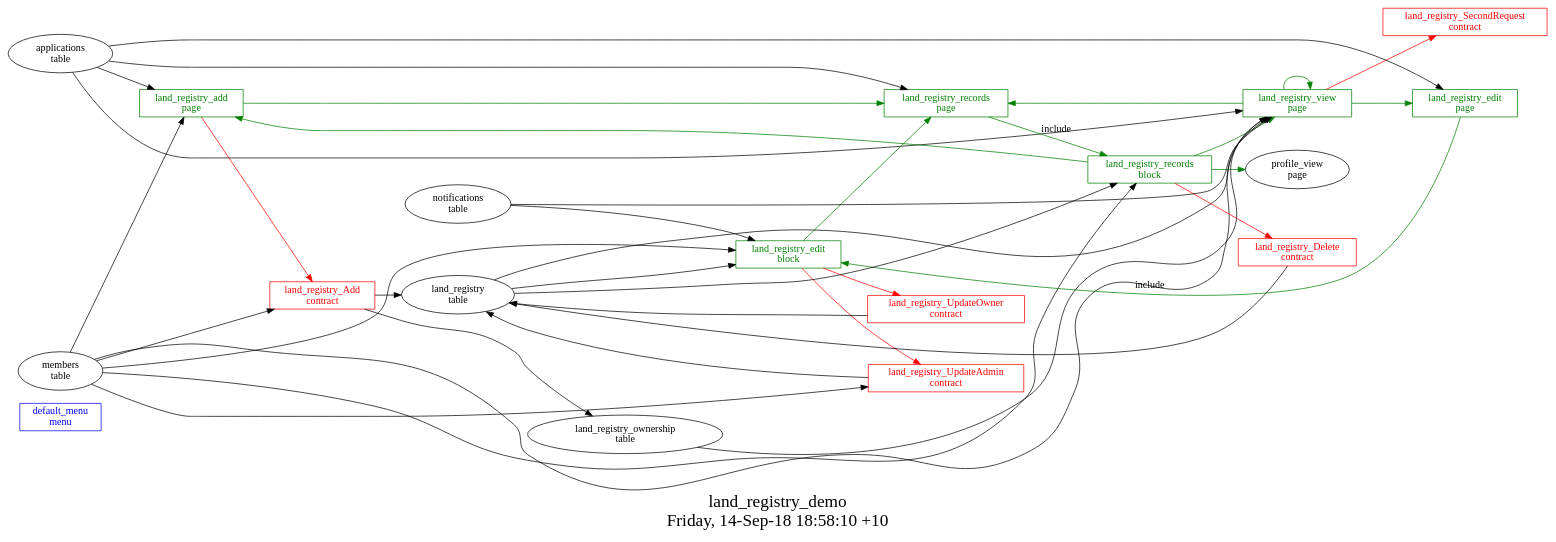
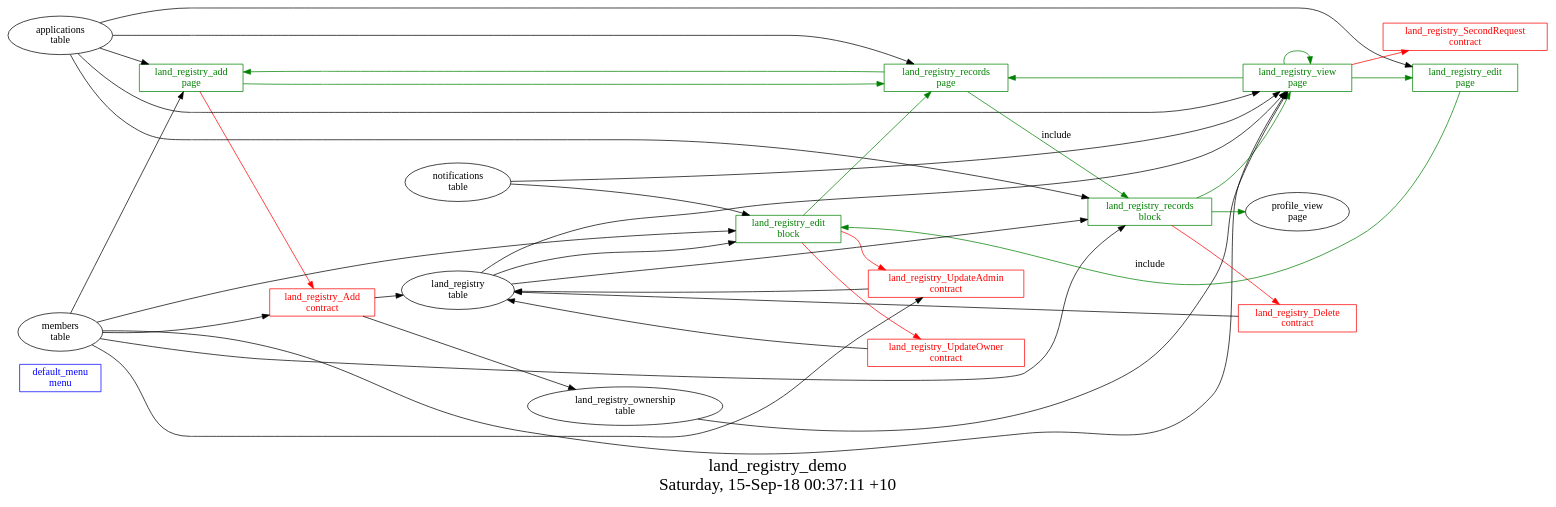
The diagram in quick-start-apps/land_registry_demo/struct.dot (AplaProject/apps), drawn with Graphviz before and after one commit. The commit also changed 25 other files, not shown here.

```diff
--- a/quick-start-apps/land_registry_demo/struct.dot
+++ b/quick-start-apps/land_registry_demo/struct.dot
@@ -1,58 +1,59 @@
 digraph G {
 fontsize="24";
-label="land_registry_demo\nFriday, 14-Sep-18 18:58:10 +10";
+label="land_registry_demo\nSaturday, 15-Sep-18 00:37:11 +10";
 nojustify=true;
 ordering=out;
 rankdir=LR;
 size="30";
 "default_menu\nmenu" [color=blue, fontcolor=blue, group=menus, shape=record];
 "land_registry_add\npage" -> "land_registry_Add\ncontract"  [ color=red ]
 "applications\ntable" -> "land_registry_add\npage"
 "members\ntable" -> "land_registry_add\npage"
 "land_registry_add\npage" -> "land_registry_records\npage"  [ color=green ]
 "land_registry_add\npage" [color=green, fontcolor=green, group=pages, shape=record];
 "applications\ntable" -> "land_registry_edit\npage"
 "land_registry_edit\npage" -> "land_registry_edit\nblock"  [ color=green, label=include ]
 "land_registry_edit\npage" [color=green, fontcolor=green, group=pages, shape=record];
 "applications\ntable" -> "land_registry_records\npage"
+"land_registry_records\npage" -> "land_registry_add\npage"  [ color=green ]
 "land_registry_records\npage" -> "land_registry_records\nblock"  [ color=green, label=include ]
 "land_registry_records\npage" [color=green, fontcolor=green, group=pages, shape=record];
 "land_registry_view\npage" -> "land_registry_SecondRequest\ncontract"  [ color=red ]
 "applications\ntable" -> "land_registry_view\npage"
 "land_registry\ntable" -> "land_registry_view\npage"
 "land_registry_ownership\ntable" -> "land_registry_view\npage"
 "members\ntable" -> "land_registry_view\npage"
 "notifications\ntable" -> "land_registry_view\npage"
 "land_registry_view\npage" -> "land_registry_records\npage"  [ color=green ]
 "land_registry_view\npage" -> "land_registry_view\npage"  [ color=green ]
 "land_registry_view\npage" -> "land_registry_edit\npage"  [ color=green ]
 "land_registry_view\npage" [color=green, fontcolor=green, group=pages, shape=record];
 "land_registry_edit\nblock" -> "land_registry_UpdateAdmin\ncontract"  [ color=red ]
 "land_registry_edit\nblock" -> "land_registry_UpdateOwner\ncontract"  [ color=red ]
 "notifications\ntable" -> "land_registry_edit\nblock"
 "land_registry\ntable" -> "land_registry_edit\nblock"
 "members\ntable" -> "land_registry_edit\nblock"
 "land_registry_edit\nblock" -> "land_registry_records\npage"  [ color=green ]
 "land_registry_edit\nblock" [color=green, fontcolor=green, group=blocks, shape=record];
 "land_registry_records\nblock" -> "land_registry_Delete\ncontract"  [ color=red ]
+"applications\ntable" -> "land_registry_records\nblock"
 "land_registry\ntable" -> "land_registry_records\nblock"
 "members\ntable" -> "land_registry_records\nblock"
 "land_registry_records\nblock" -> "profile_view\npage"  [ color=green ]
 "land_registry_records\nblock" -> "land_registry_view\npage"  [ color=green ]
-"land_registry_records\nblock" -> "land_registry_add\npage"  [ color=green ]
 "land_registry_records\nblock" [color=green, fontcolor=green, group=blocks, shape=record];
 "land_registry_Add\ncontract" -> "land_registry\ntable"  [ color="" ]
 "land_registry_Add\ncontract" -> "land_registry_ownership\ntable"  [ color="" ]
 "members\ntable" -> "land_registry_Add\ncontract"
 "land_registry_Add\ncontract" [color=red, fontcolor=red, group=contracts, shape=record];
 "land_registry_Delete\ncontract" -> "land_registry\ntable"  [ color="" ]
 "land_registry_Delete\ncontract" [color=red, fontcolor=red, group=contracts, shape=record];
 "land_registry_SecondRequest\ncontract" [color=red, fontcolor=red, group=contracts, shape=record];
 "land_registry_UpdateAdmin\ncontract" -> "land_registry\ntable"  [ color="" ]
 "members\ntable" -> "land_registry_UpdateAdmin\ncontract"
 "land_registry_UpdateAdmin\ncontract" [color=red, fontcolor=red, group=contracts, shape=record];
 "land_registry_UpdateOwner\ncontract" -> "land_registry\ntable"  [ color="" ]
 "land_registry_UpdateOwner\ncontract" [color=red, fontcolor=red, group=contracts, shape=record];
 "land_registry\ntable" [color="", fontcolor="", group=tables, shape=""];
 "land_registry_ownership\ntable" [color="", fontcolor="", group=tables, shape=""];
 }
```
